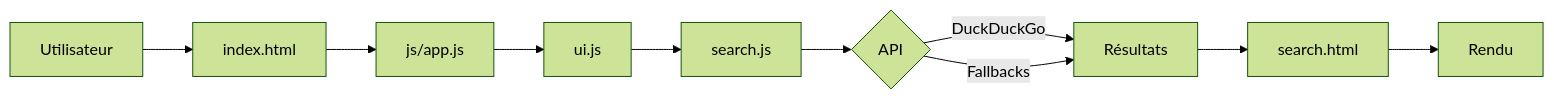
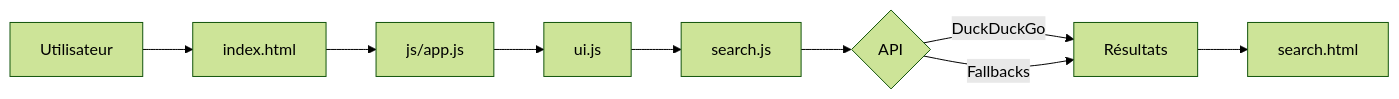
Before and after one commit to Amir032-cyber/LAMxSEARCH: the diagram in README.md, drawn with Mermaid (forest theme). The commit also changed other lines of this file, not shown here.

````diff
--- a/README.md
+++ b/README.md
@@ -216,12 +170,11 @@
 ```mermaid
 graph LR
     A[Utilisateur] --> B[index.html]
     B --> C[js/app.js]
     C --> D[ui.js]
     D --> E[search.js]
     E --> F{API}
     F -->|DuckDuckGo| G[Résultats]
     F -->|Fallbacks| G
     G --> H[search.html]
-    H --> I[Rendu]
 ```
````
